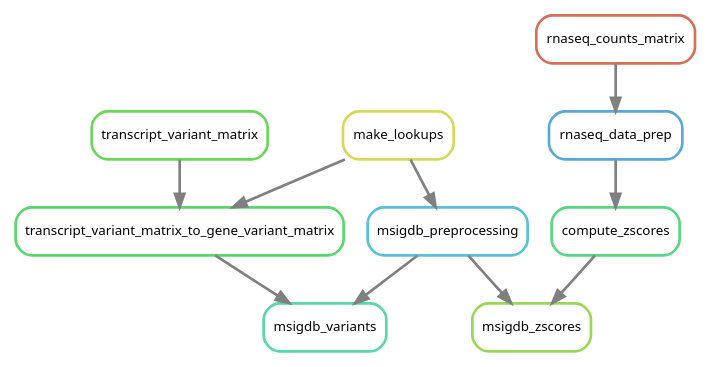
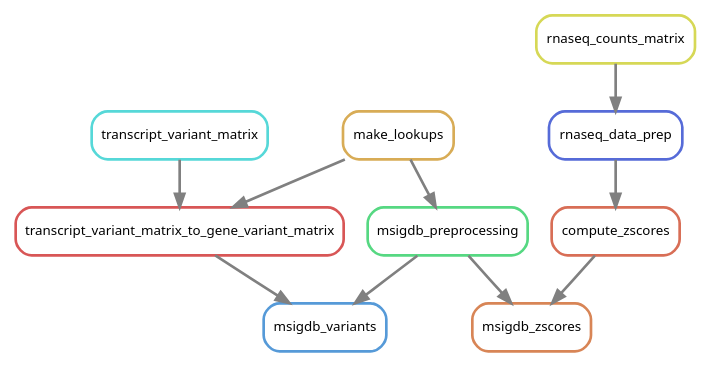
Before and after one commit to NCBI-Hackathons/Pharmacogenomics_Prediction_Pipeline_P3: the diagram in doc/source/images/msigdb.dot, drawn with Graphviz. The commit also changed 35 other files, not shown here.

```diff
--- a/doc/source/images/msigdb.dot
+++ b/doc/source/images/msigdb.dot
@@ -1,23 +1,23 @@
 digraph snakemake_dag {
     graph[bgcolor=white, margin=0];
     node[shape=box, style=rounded, fontname=sans,                 fontsize=10, penwidth=2];
     edge[penwidth=2, color=grey];
-	0[label = "rnaseq_data_prep", color = "0.56 0.6 0.85", style="rounded"];
-	1[label = "msigdb_variants", color = "0.44 0.6 0.85", style="rounded"];
-	2[label = "msigdb_zscores", color = "0.25 0.6 0.85", style="rounded"];
-	3[label = "rnaseq_counts_matrix", color = "0.03 0.6 0.85", style="rounded"];
-	4[label = "transcript_variant_matrix", color = "0.31 0.6 0.85", style="rounded"];
-	5[label = "msigdb_preprocessing", color = "0.53 0.6 0.85", style="rounded"];
-	6[label = "compute_zscores", color = "0.39 0.6 0.85", style="rounded"];
-	7[label = "transcript_variant_matrix_to_gene_variant_matrix", color = "0.36 0.6 0.85", style="rounded"];
-	8[label = "make_lookups", color = "0.17 0.6 0.85", style="rounded"];
-	3 -> 0
-	5 -> 1
-	7 -> 1
-	5 -> 2
-	6 -> 2
-	8 -> 5
-	0 -> 6
-	4 -> 7
-	8 -> 7
+	0[label = "compute_zscores", color = "0.03 0.6 0.85", style="rounded"];
+	1[label = "msigdb_zscores", color = "0.06 0.6 0.85", style="rounded"];
+	2[label = "rnaseq_counts_matrix", color = "0.17 0.6 0.85", style="rounded"];
+	3[label = "msigdb_preprocessing", color = "0.39 0.6 0.85", style="rounded"];
+	4[label = "make_lookups", color = "0.11 0.6 0.85", style="rounded"];
+	5[label = "transcript_variant_matrix_to_gene_variant_matrix", color = "0.00 0.6 0.85", style="rounded"];
+	6[label = "msigdb_variants", color = "0.58 0.6 0.85", style="rounded"];
+	7[label = "transcript_variant_matrix", color = "0.50 0.6 0.85", style="rounded"];
+	8[label = "rnaseq_data_prep", color = "0.64 0.6 0.85", style="rounded"];
+	8 -> 0
+	0 -> 1
+	3 -> 1
+	4 -> 3
+	4 -> 5
+	7 -> 5
+	3 -> 6
+	5 -> 6
+	2 -> 8
 }            
```
